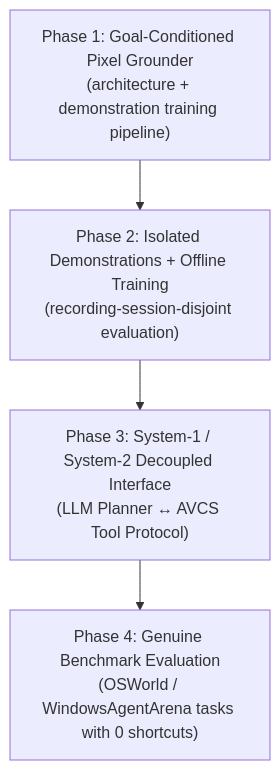
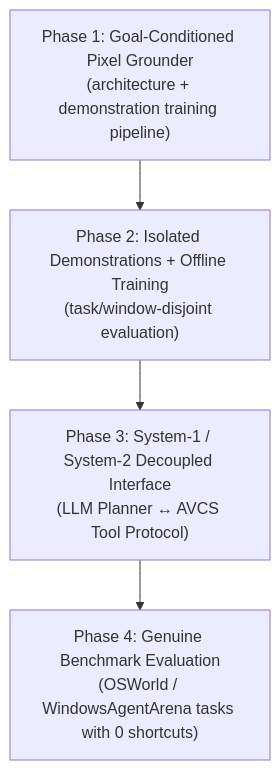
The diagram in AVCS/GOAL.md (nandkishorrathodk-art/sonic), drawn with Mermaid before and after one commit. The commit also changed other lines of this file and 31 other files, not shown here.

````diff
--- a/AVCS/GOAL.md
+++ b/AVCS/GOAL.md
@@ -52,11 +52,11 @@
 ```mermaid
 flowchart TD
     Phase1["Phase 1: Goal-Conditioned Pixel Grounder<br/>(architecture + demonstration training pipeline)"]
-    Phase2["Phase 2: Isolated Demonstrations + Offline Training<br/>(recording-session-disjoint evaluation)"]
+    Phase2["Phase 2: Isolated Demonstrations + Offline Training<br/>(task/window-disjoint evaluation)"]
     Phase3["Phase 3: System-1 / System-2 Decoupled Interface<br/>(LLM Planner ↔ AVCS Tool Protocol)"]
     Phase4["Phase 4: Genuine Benchmark Evaluation<br/>(OSWorld / WindowsAgentArena tasks with 0 shortcuts)"]
 
     Phase1 --> Phase2
     Phase2 --> Phase3
     Phase3 --> Phase4
 ```
````
